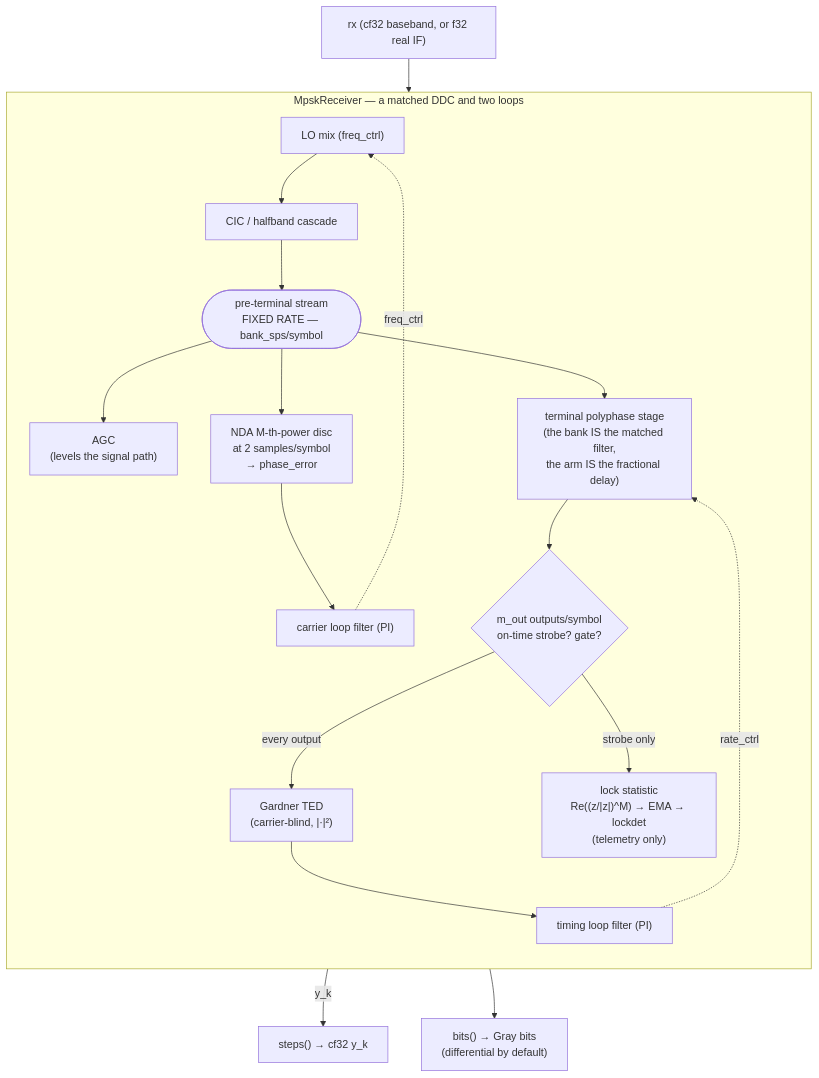
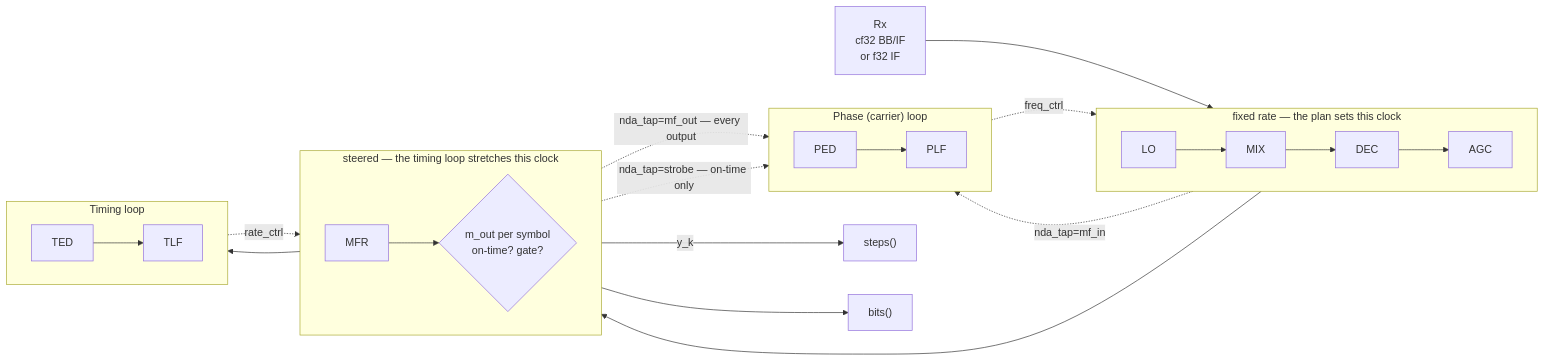
The diagram in docs/design/mpsk.md (doppler-dsp/doppler), drawn with Mermaid before and after one commit. The commit also changed other lines of this file and 25 other files, not shown here.

First line of the commit message:
docs(mpsk)!: one name per block, and taps named for their node

````diff
--- a/docs/design/mpsk.md
+++ b/docs/design/mpsk.md
@@ -52,29 +52,36 @@
 ```mermaid
-flowchart TB
-    IN["rx (cf32 baseband, or f32 real IF)"]
-    subgraph RX["MpskReceiver — a matched DDC and two loops"]
-        direction TB
-        LO["LO mix (freq_ctrl)"]
-        CAS["CIC / halfband cascade"]
-        PRE(["pre-terminal stream<br/>FIXED RATE — bank_sps/symbol"])
-        AGC["AGC<br/>(levels the signal path)"]
-        NDA["NDA M-th-power disc<br/>at 2 samples/symbol<br/>→ phase_error"]
-        CLF["carrier loop filter (PI)"]
-        TERM["terminal polyphase stage<br/>(the bank IS the matched filter,<br/>the arm IS the fractional delay)"]
-        STROBE{"m_out outputs/symbol<br/>on-time strobe? gate?"}
-        TED["Gardner TED<br/>(carrier-blind, |·|²)"]
-        TLF["timing loop filter (PI)"]
-        LOCK["lock statistic<br/>Re((z/|z|)^M) → EMA → lockdet<br/>(telemetry only)"]
-        LO --> CAS --> PRE
-        PRE --> AGC
-        PRE --> NDA --> CLF
-        CLF -.->|"freq_ctrl"| LO
-        PRE --> TERM --> STROBE
-        STROBE -->|"every output"| TED --> TLF
-        TLF -.->|"rate_ctrl"| TERM
-        STROBE -->|"strobe only"| LOCK
+flowchart LR
+    IN["Rx<br/>cf32 BB/IF<br/>or f32 IF"]
+
+    subgraph FIXED["fixed rate — the plan sets this clock"]
+        direction LR
+        LO["LO"] --> MIX["MIX"]
+        MIX --> DEC["DEC"] --> AGC["AGC"]
     end
-    IN --> LO
-    STROBE -->|"y_k"| OUT["steps() → cf32 y_k"]
-    STROBE --> BITS["bits() → Gray bits<br/>(differential by default)"]
+
+    subgraph STEERED["steered — the timing loop stretches this clock"]
+        direction LR
+        MFR["MFR"] --> STROBE{"m_out per symbol<br/>on-time? gate?"}
+    end
+
+    subgraph CAR["Phase (carrier) loop"]
+        direction LR
+        PED["PED"] --> PLF["PLF"]
+    end
+
+    subgraph TL["Timing loop"]
+        direction LR
+        TED["TED"] --> TLF["TLF"]
+    end
+
+    IN --> MIX
+    AGC --> MFR
+    AGC -.->|"nda_tap=mf_in"| PED
+    STROBE -.->|"nda_tap=mf_out — every output"| PED
+    STROBE -.->|"nda_tap=strobe — on-time only"| PED
+    STROBE --> TED
+    PLF -.->|"freq_ctrl"| LO
+    TLF -.->|"rate_ctrl"| MFR
+    STROBE -->|"y_k"| OUT["steps()"]
+    STROBE --> BITS["bits()"]
 ```
````
